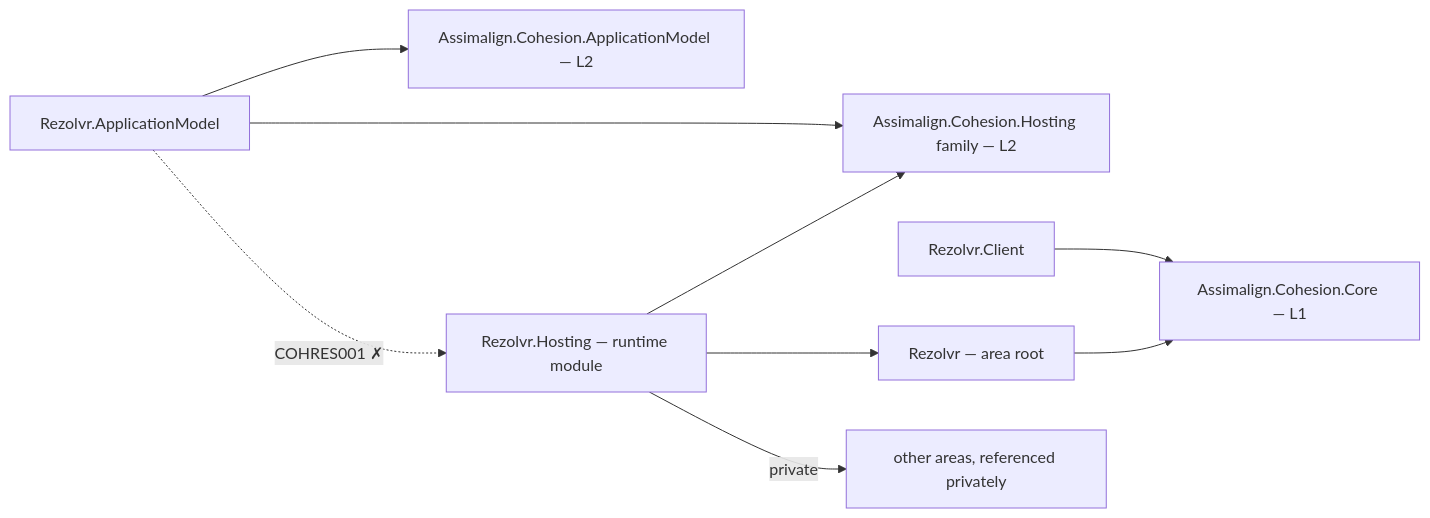
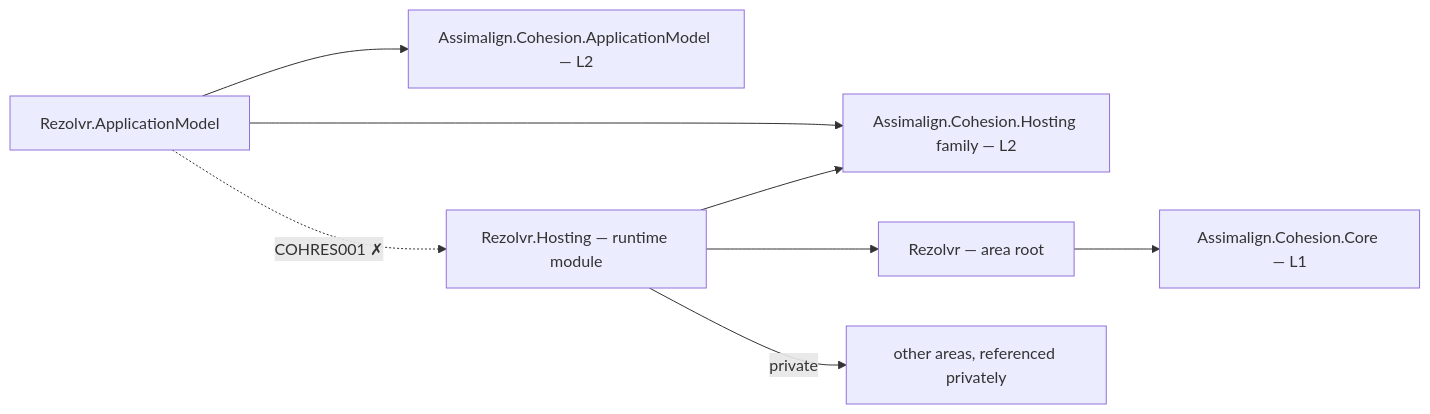
The diagram in resources/Rezolvr/README.md (assimalign/cohesion), drawn with Mermaid before and after one commit. The commit also changed other lines of this file and 599 other files, not shown here.

````diff
--- a/resources/Rezolvr/README.md
+++ b/resources/Rezolvr/README.md
@@ -14,19 +14,17 @@
 ```mermaid
 flowchart LR
     P0["Rezolvr — area root"]
     P1["Rezolvr.ApplicationModel"]
-    P2["Rezolvr.Client"]
     P3["Rezolvr.Hosting — runtime module"]
     CORE["Assimalign.Cohesion.Core — L1"]
     HOSTFAM["Assimalign.Cohesion.Hosting family — L2"]
     APPMODEL["Assimalign.Cohesion.ApplicationModel — L2"]
     PRIV["other areas, referenced privately"]
     P0 --> CORE
     P1 --> APPMODEL
     P1 --> HOSTFAM
-    P2 --> CORE
     P3 --> HOSTFAM
     P3 --> P0
     P3 -->|"private"| PRIV
     P1 -.->|"COHRES001 ✗"| P3
 ```
````
